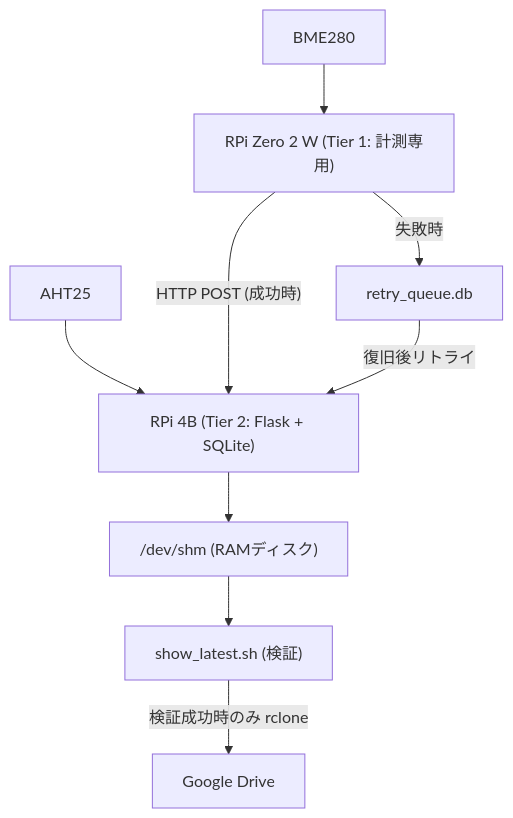
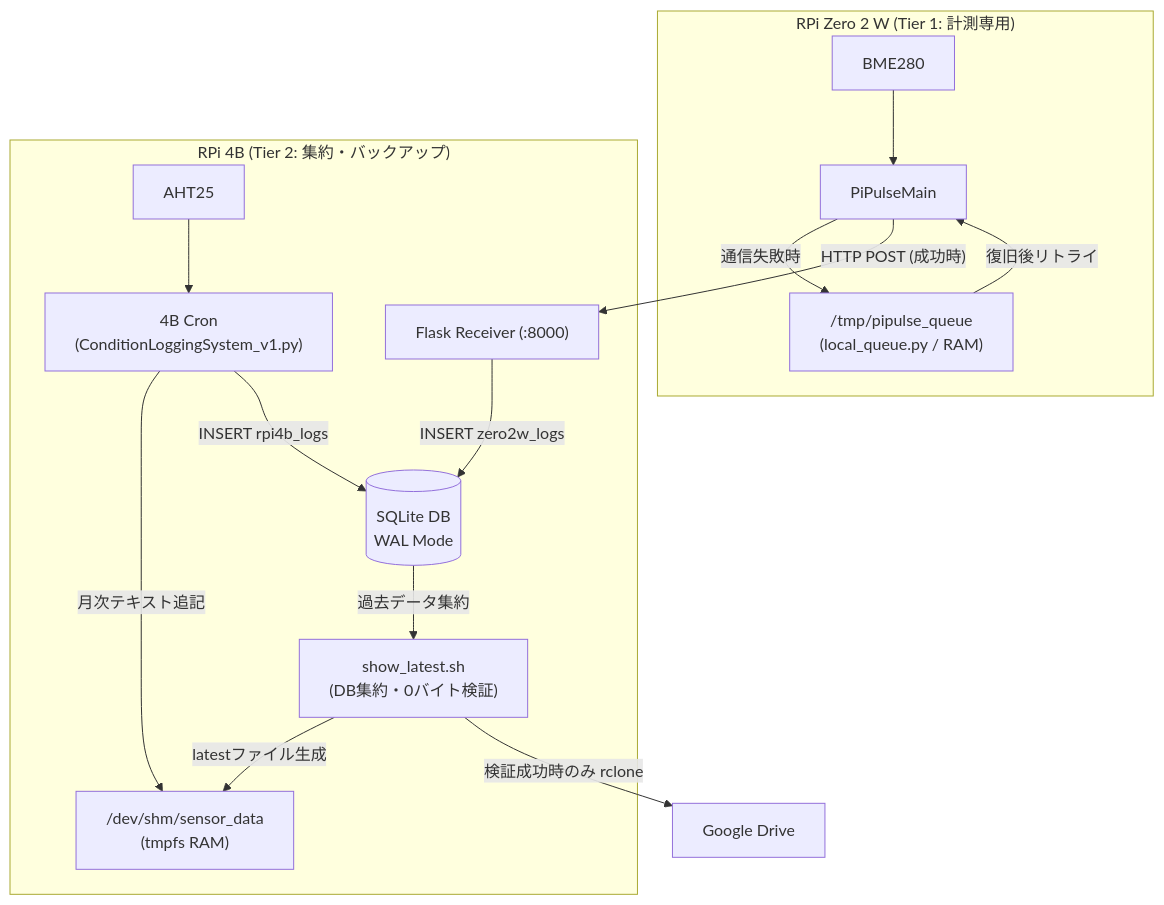
Before and after one commit to hidecodegit/ConditionLoggingSystem: the second of 2 diagrams in docs/architecture.md, drawn with Mermaid. The commit also changed other lines of this file, not shown here.

Commit message:
Revise architecture documentation for data flow updates
Updated architecture documentation to reflect changes in data flow and local storage mechanisms, including the use of RAM for temporary queue storage and modifications to the success and failure handling processes.

````diff
--- a/docs/architecture.md
+++ b/docs/architecture.md
@@ -46,21 +46,29 @@
 ```mermaid
 graph TD
+    subgraph Zero2W ["RPi Zero 2 W (Tier 1: 計測専用)"]
+        BME280["BME280"] --> ZeroApp["PiPulseMain"]
+        ZeroApp -->|"通信失敗時"| Queue["/tmp/pipulse_queue\n(local_queue.py / RAM)"]
+        Queue -->|"復旧後リトライ"| ZeroApp
+    end
+
+    subgraph Pi4B ["RPi 4B (Tier 2: 集約・バックアップ)"]
+        Flask["Flask Receiver (:8000)"]
+        DB[(SQLite DB\nWAL Mode)]
+        Cron["4B Cron\n(ConditionLoggingSystem_v1.py)"]
+        AHT25["AHT25"]
+        Shm["/dev/shm/sensor_data\n(tmpfs RAM)"]
+        ShowLatest["show_latest.sh\n(DB集約・0バイト検証)"]
+
+        ZeroApp -->|"HTTP POST (成功時)"| Flask
+        Flask -->|"INSERT zero2w_logs"| DB
+        
+        AHT25 --> Cron
+        Cron -->|"月次テキスト追記"| Shm
+        Cron -->|"INSERT rpi4b_logs"| DB
+        DB -->|"過去データ集約"| ShowLatest
+        ShowLatest -->|"latestファイル生成"| Shm
+    end
+
     Drive["Google Drive"]
-    Pi4B["RPi 4B (Tier 2: Flask + SQLite)"]
-    AHT25["AHT25"]
-    Zero2W["RPi Zero 2 W (Tier 1: 計測専用)"]
-    BME280["BME280"]
-    Retry["retry_queue.db"]
-    RAM["/dev/shm (RAMディスク)"]
-    ShowLatest["show_latest.sh (検証)"]
-
-    BME280 --> Zero2W
-    AHT25 --> Pi4B
-    Zero2W -->|"HTTP POST (成功時)"| Pi4B
-    Zero2W -->|"失敗時"| Retry
-    Retry -->|"復旧後リトライ"| Pi4B
-
-    Pi4B --> RAM
-    RAM --> ShowLatest
     ShowLatest -->|"検証成功時のみ rclone"| Drive
 ```
````
